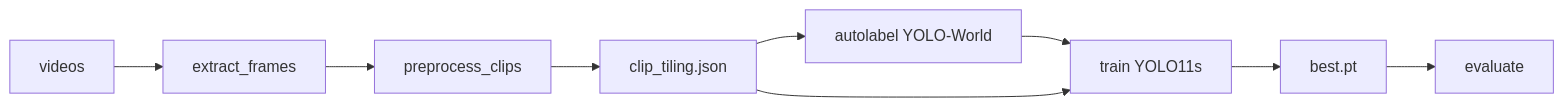
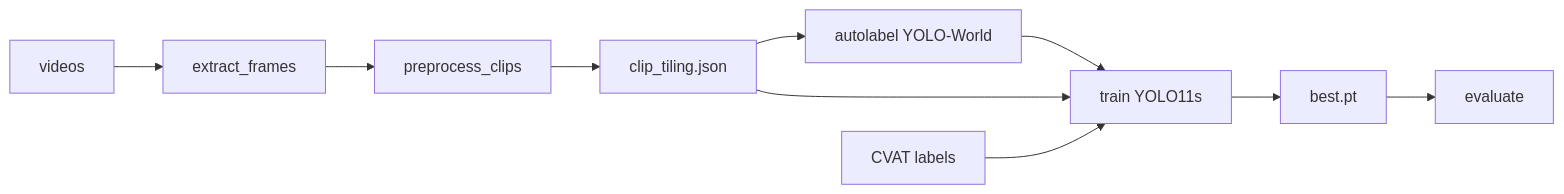
One commit to alisea-natan/aerial_vehicle_detection changed the diagram in README.md. Above: the diagram before and after it, drawn with Mermaid. The commit also changed other lines of this file and 3 other files, not shown here.

````diff
--- a/README.md
+++ b/README.md
@@ -31,11 +43,12 @@
 ```mermaid
 flowchart LR
     V[videos] --> E[extract_frames]
     E --> P[preprocess_clips]
     P --> C[clip_tiling.json]
     C --> A[autolabel YOLO-World]
     A --> T[train YOLO11s]
     C --> T
+    L[CVAT labels] --> T
     T --> W[best.pt]
     W --> Ev[evaluate]
 ```
````
